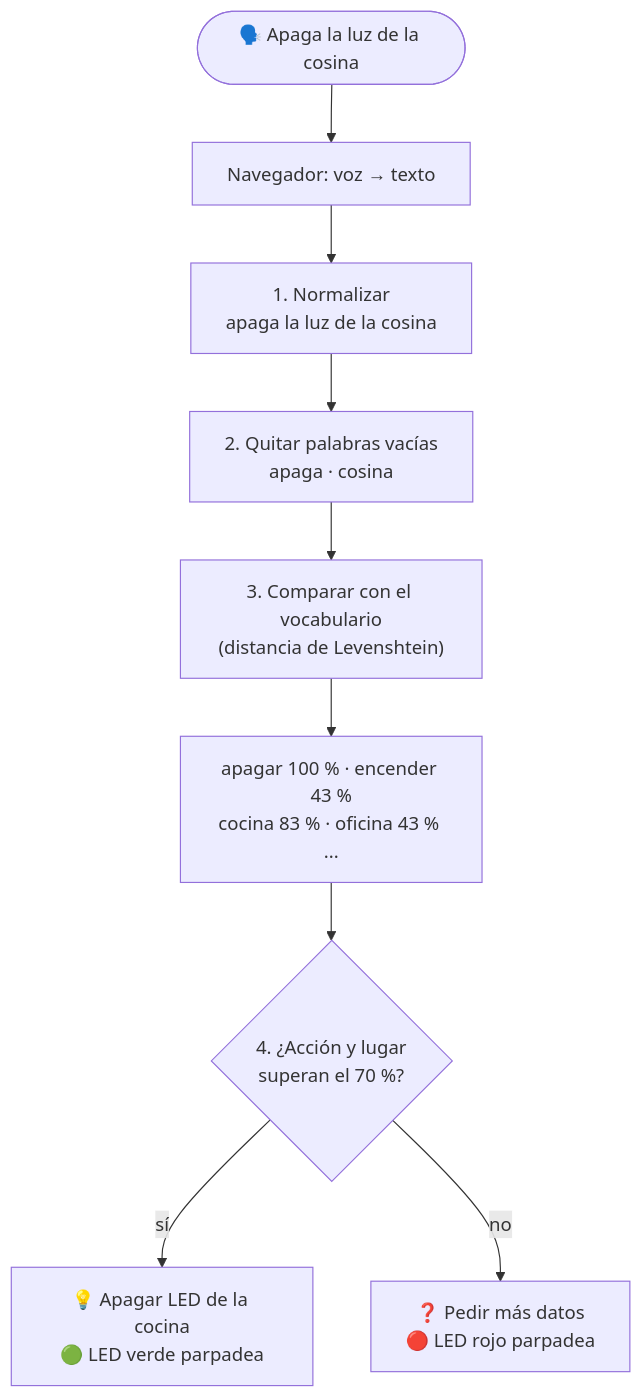
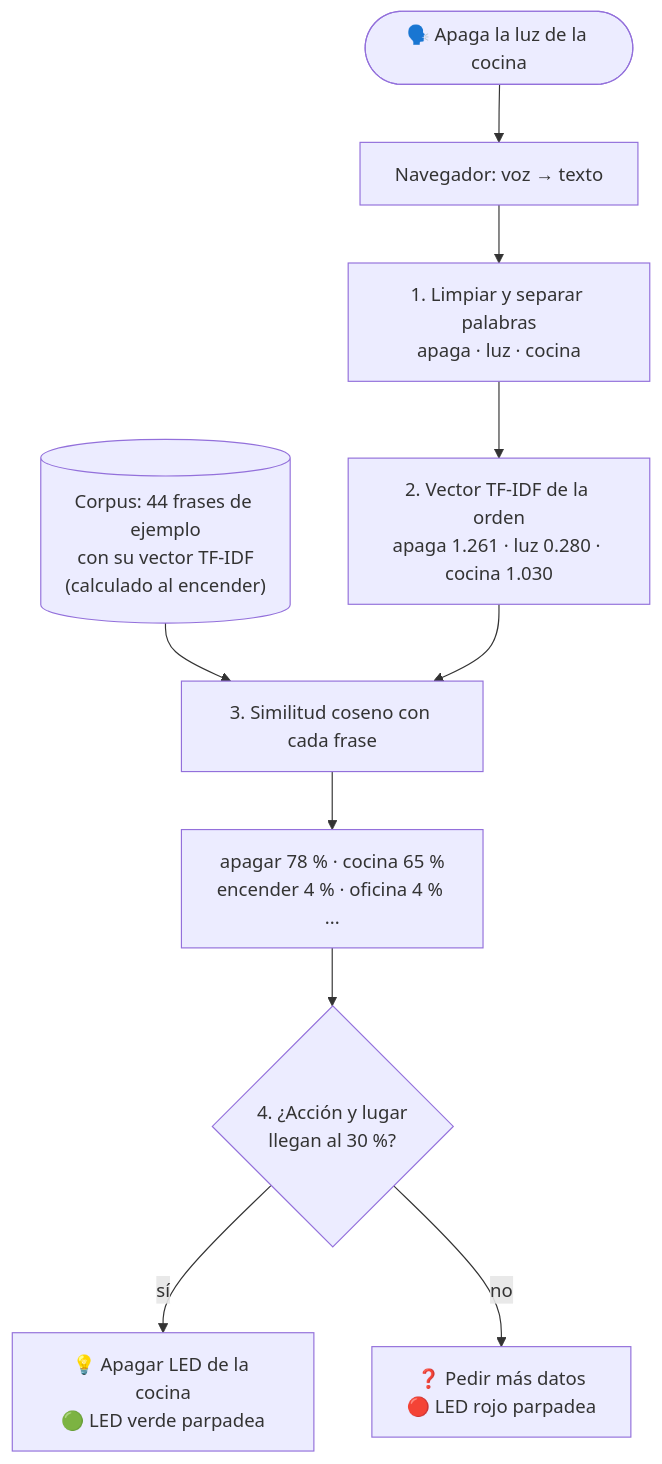
Before and after one commit to MainRDSniper09/ESP32-IA: the diagram in docs/COMO_FUNCIONA.md, drawn with Mermaid. The commit also changed other lines of this file and 5 other files, not shown here.

First line of the commit message:
feat: interpretar las órdenes con el algoritmo TF-IDF

````diff
--- a/docs/COMO_FUNCIONA.md
+++ b/docs/COMO_FUNCIONA.md
@@ -9,11 +23,12 @@
 ```mermaid
 flowchart TD
-    A(["🗣️ Apaga la luz de la cosina"]) --> B[Navegador: voz → texto]
-    B --> C["1. Normalizar<br/>apaga la luz de la cosina"]
-    C --> D["2. Quitar palabras vacías<br/>apaga · cosina"]
-    D --> E["3. Comparar con el vocabulario<br/>(distancia de Levenshtein)"]
-    E --> F["apagar 100 % · encender 43 %<br/>cocina 83 % · oficina 43 % ..."]
-    F --> G{"4. ¿Acción y lugar<br/>superan el 70 %?"}
-    G -->|sí| H["💡 Apagar LED de la cocina<br/>🟢 LED verde parpadea"]
-    G -->|no| I["❓ Pedir más datos<br/>🔴 LED rojo parpadea"]
+    A(["🗣️ Apaga la luz de la cocina"]) --> B[Navegador: voz → texto]
+    B --> C["1. Limpiar y separar palabras<br/>apaga · luz · cocina"]
+    C --> D["2. Vector TF-IDF de la orden<br/>apaga 1.261 · luz 0.280 · cocina 1.030"]
+    E[("Corpus: 44 frases de ejemplo<br/>con su vector TF-IDF<br/>(calculado al encender)")] --> F
+    D --> F["3. Similitud coseno con cada frase"]
+    F --> G["apagar 78 % · cocina 65 %<br/>encender 4 % · oficina 4 % ..."]
+    G --> H{"4. ¿Acción y lugar<br/>llegan al 30 %?"}
+    H -->|sí| I["💡 Apagar LED de la cocina<br/>🟢 LED verde parpadea"]
+    H -->|no| J["❓ Pedir más datos<br/>🔴 LED rojo parpadea"]
 ```
````
